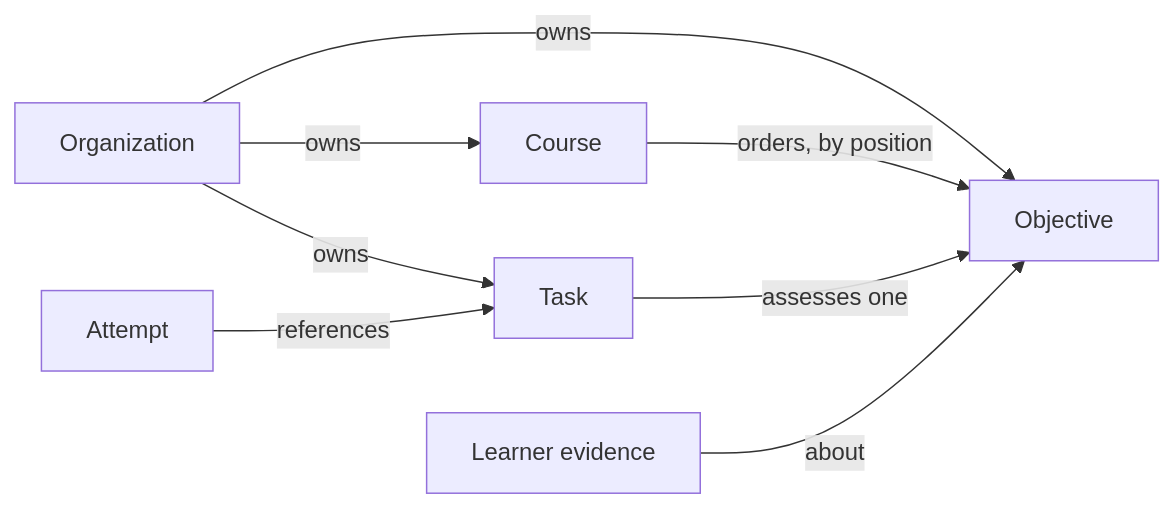
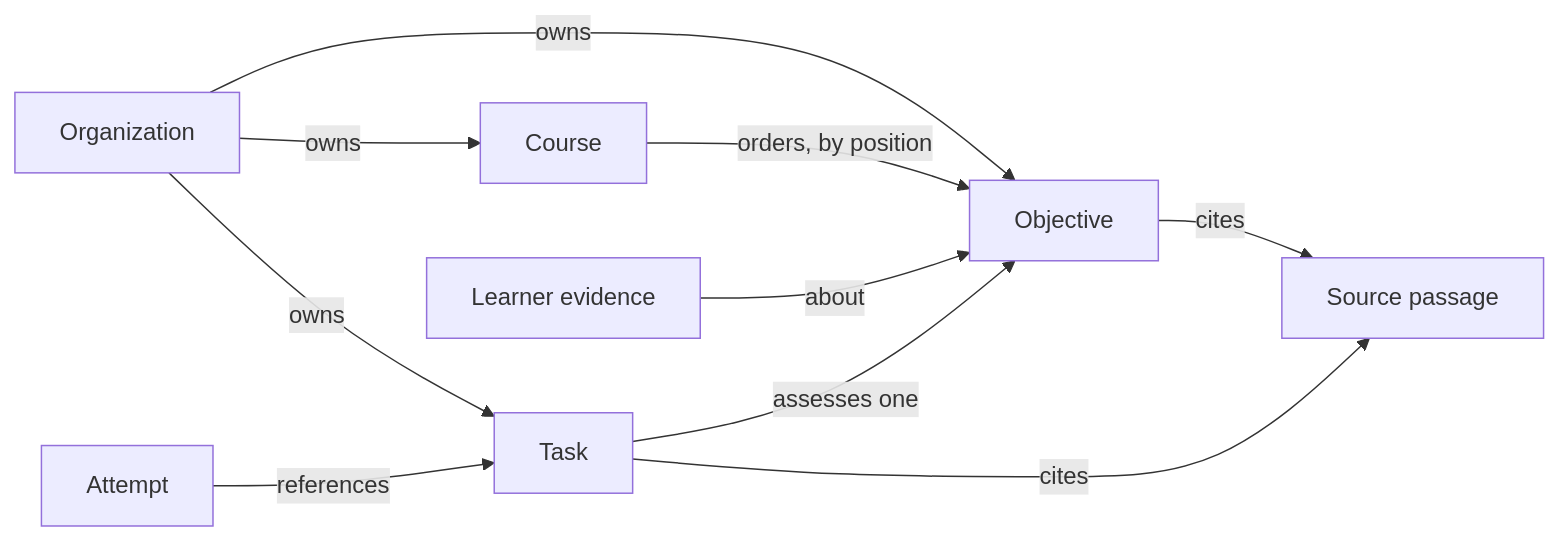
Before and after one commit to braivo/braivo: the diagram in docs/specs/authoring.md, drawn with Mermaid. The commit also changed other lines of this file and 140 other files, not shown here.

````diff
--- a/docs/specs/authoring.md
+++ b/docs/specs/authoring.md
@@ -11,10 +11,12 @@
 ```mermaid
 flowchart LR
   org[Organization] -->|owns| obj[Objective]
   org -->|owns| course[Course]
   org -->|owns| task[Task]
   course -->|orders, by position| obj
   task -->|assesses one| obj
+  obj -->|cites| passage[Source passage]
+  task -->|cites| passage
   attempt[Attempt] -->|references| task
   evidence[Learner evidence] -->|about| obj
 ```
````
